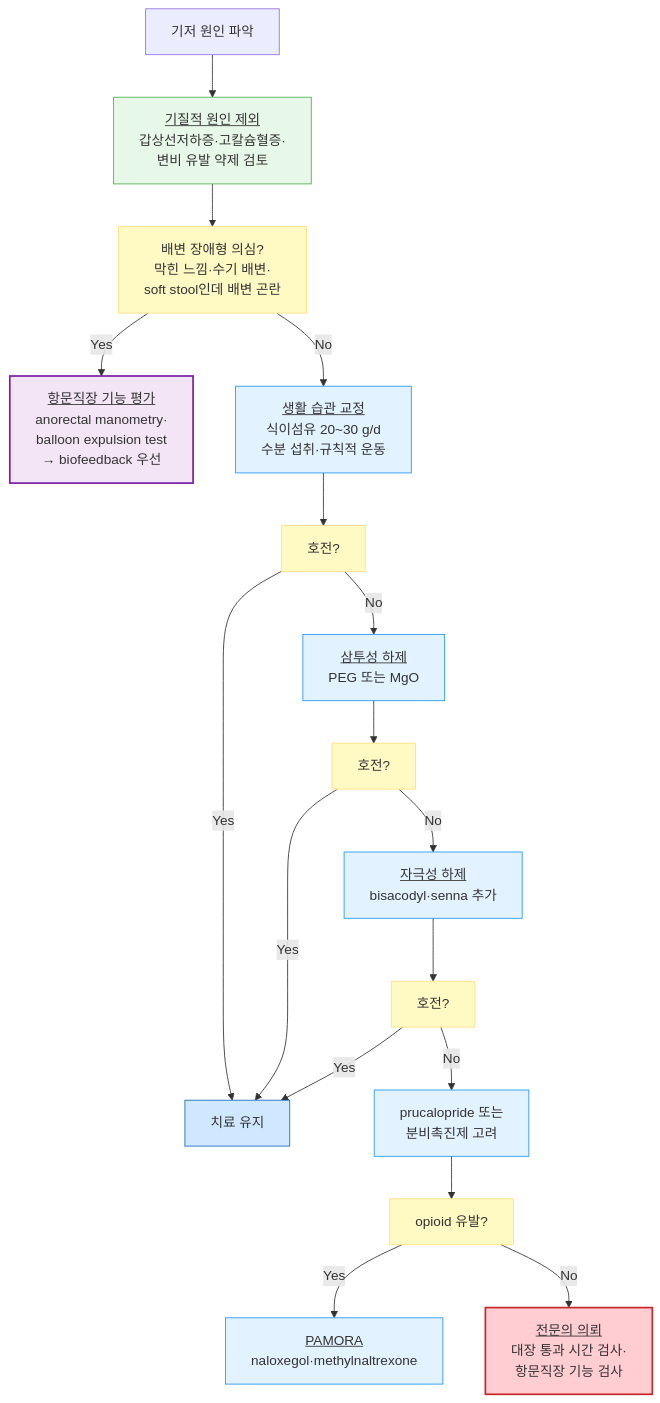
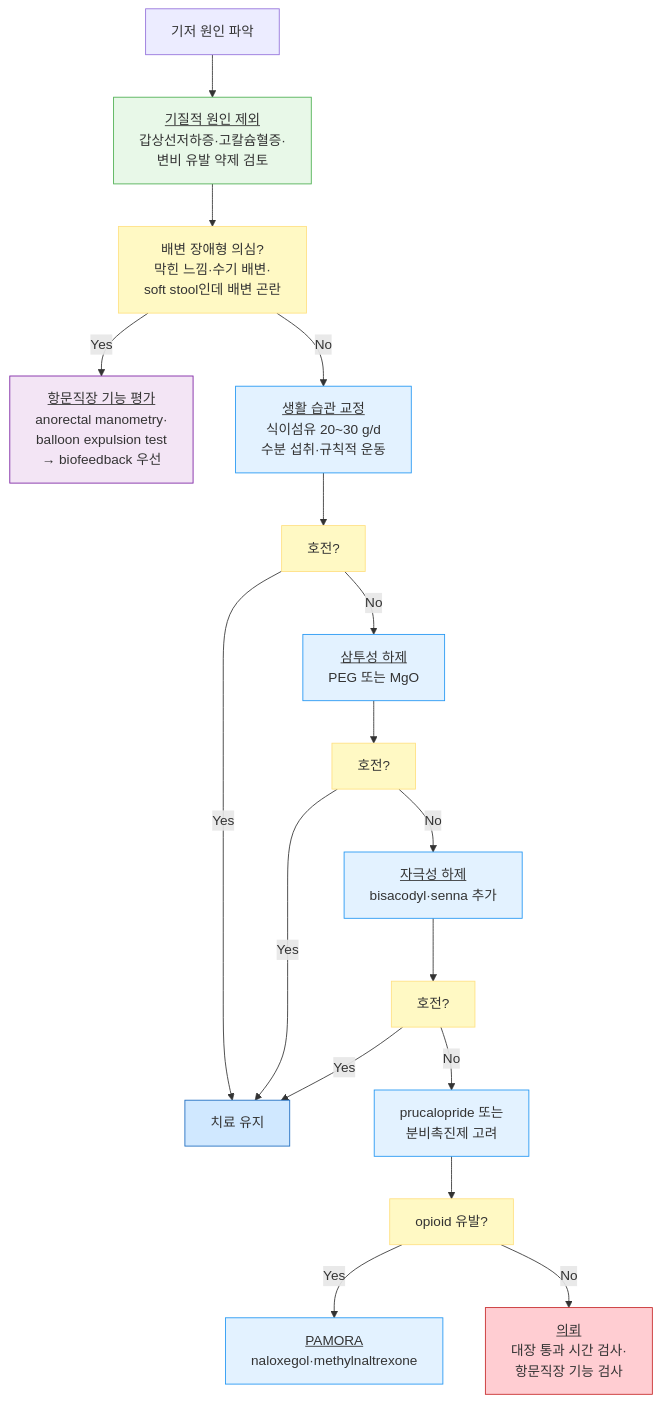
One commit to familyoh77/familyoh77 changed the diagram in 224_/082_-constipation.md. Above: the diagram before and after it, drawn with Mermaid. The commit also changed other lines of this file and 1 other file, not shown here.

````diff
--- a/224_/082_-constipation.md
+++ b/224_/082_-constipation.md
@@ -111,28 +111,28 @@
 ```mermaid
 graph TD
     B[기저 원인 파악]
     B --> C[<u>기질적 원인 제외</u><br/>갑상선저하증·고칼슘혈증·<br/>변비 유발 약제 검토]
     C --> DYS[배변 장애형 의심?<br/>막힌 느낌·수기 배변·<br/>soft stool인데 배변 곤란]
     DYS -->|Yes| BF[<u>항문직장 기능 평가</u><br/>anorectal manometry·<br/>balloon expulsion test<br/>→ biofeedback 우선]
     DYS -->|No| D[<u>생활 습관 교정</u><br/>식이섬유 20~30 g/d<br/>수분 섭취·규칙적 운동]
     D --> E[호전?]
     E -->|No| F[<u>삼투성 하제</u><br/>PEG 또는 MgO]
     E -->|Yes| Z[치료 유지]
     F --> G[호전?]
     G -->|No| H[<u>자극성 하제</u><br/>bisacodyl·senna 추가]
     G -->|Yes| Z
     H --> I[호전?]
     I -->|No| J[prucalopride 또는<br/>분비촉진제 고려]
     I -->|Yes| Z
     J --> K[opioid 유발?]
     K -->|Yes| L[<u>PAMORA</u><br/>naloxegol·methylnaltrexone]
-    K -->|No| M[<u>전문의 의뢰</u><br/>대장 통과 시간 검사·<br/>항문직장 기능 검사]
+    K -->|No| M[<u>의뢰</u><br/>대장 통과 시간 검사·<br/>항문직장 기능 검사]
 classDef yellow fill:#fff9c4,stroke:#ffe082
 class E,G,I,K,DYS yellow
 classDef sky fill:#e3f2ff,stroke:#2196f3
 class D,F,H,J,L sky
     style C fill:#e8f8e8,stroke:#4caf50
-    style BF fill:#f3e5f5,stroke:#7b1fa2,stroke-width:2px
+    style BF fill:#f3e5f5,stroke:#7b1fa2
     style Z fill:#d0e8ff,stroke:#1a6abf
-    style M fill:#ffcdd2,stroke:#c62828,stroke-width:2px
+    style M fill:#ffcdd2,stroke:#c62828
 ```
````
